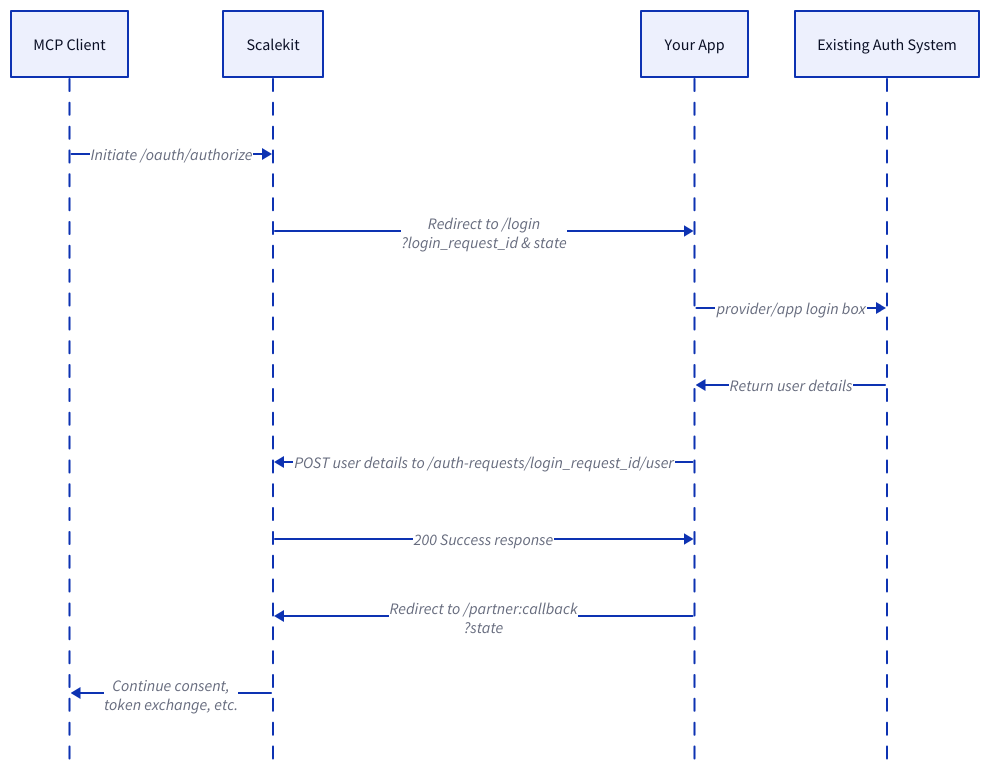
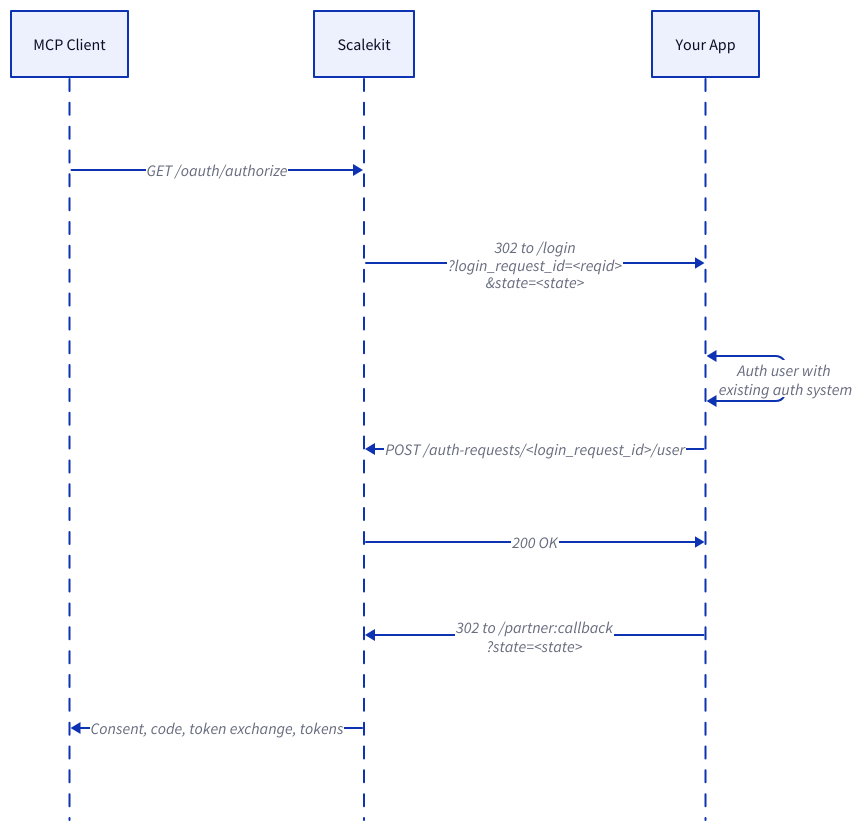
One commit to scalekit-inc/developer-docs changed the diagram in src/content/docs/mcp/guides/custom-auth.mdx. Above: the diagram before and after it, drawn with D2. The commit also changed other lines of this file and 1 other file, not shown here.

First line of the commit message:
docs: update custom auth guide and SVG diagram

````diff
--- a/src/content/docs/mcp/guides/custom-auth.mdx
+++ b/src/content/docs/mcp/guides/custom-auth.mdx
@@ -49,17 +49,15 @@
 ```d2 pad=50
 shape: sequence_diagram
 
 "MCP Client"
 "Scalekit"
 "Your App"
 
-"MCP Client" -> "Scalekit": Initiate /oauth/authorize
-"Scalekit" -> "Your App": Redirect to /login\n?login_request_id & state
-"Existing Auth System" <- "Your App": provider/app login box
-"Your App" <- "Existing Auth System": Return user details
-"Your App" -> "Scalekit": POST user details to /auth-requests/login_request_id/user
-"Scalekit" -> "Your App": 200 Success response
-"Your App" -> "Scalekit": Redirect to /partner:callback\n?state
-"Scalekit" -> "MCP Client": Continue consent,\ntoken exchange, etc.
-
+"MCP Client" -> "Scalekit": GET /oauth/authorize
+"Scalekit" -> "Your App": 302 to /login\n?login_request_id=<reqid>\n&state=<state>
+"Your App" <> "Your App": Auth user with \n existing auth system
+"Your App" -> "Scalekit": POST /auth-requests/<login_request_id>/user
+"Scalekit" -> "Your App": 200 OK
+"Your App" -> "Scalekit": 302 to /partner:callback\n?state=<state>
+"Scalekit" -> "MCP Client": Consent, code, token exchange, tokens
 ```
````
